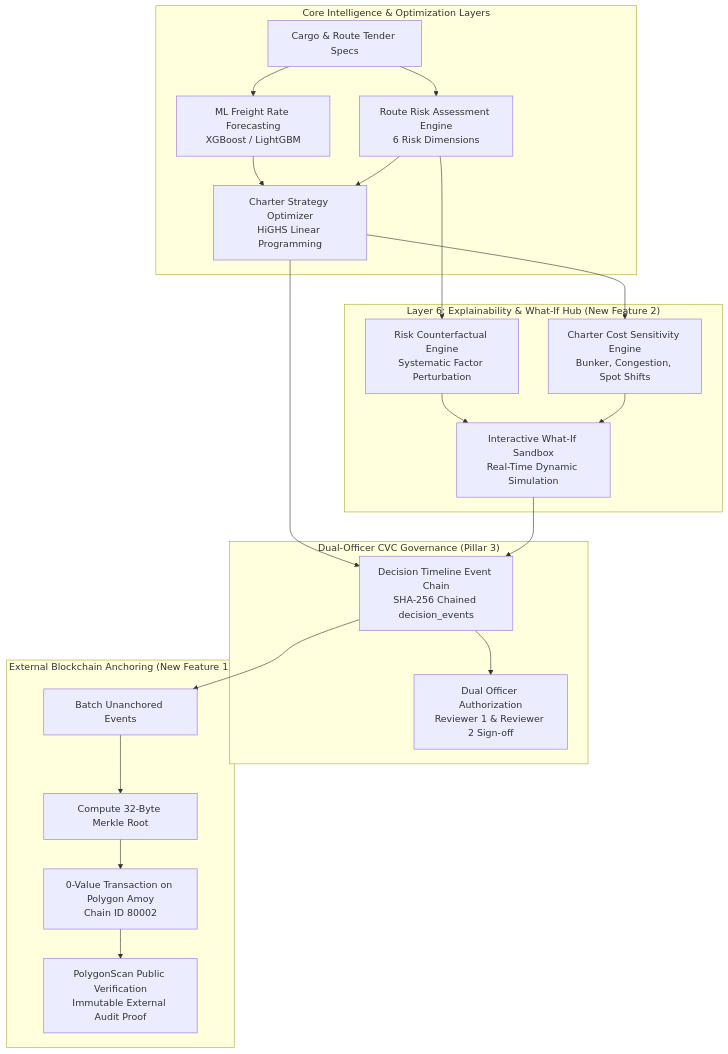
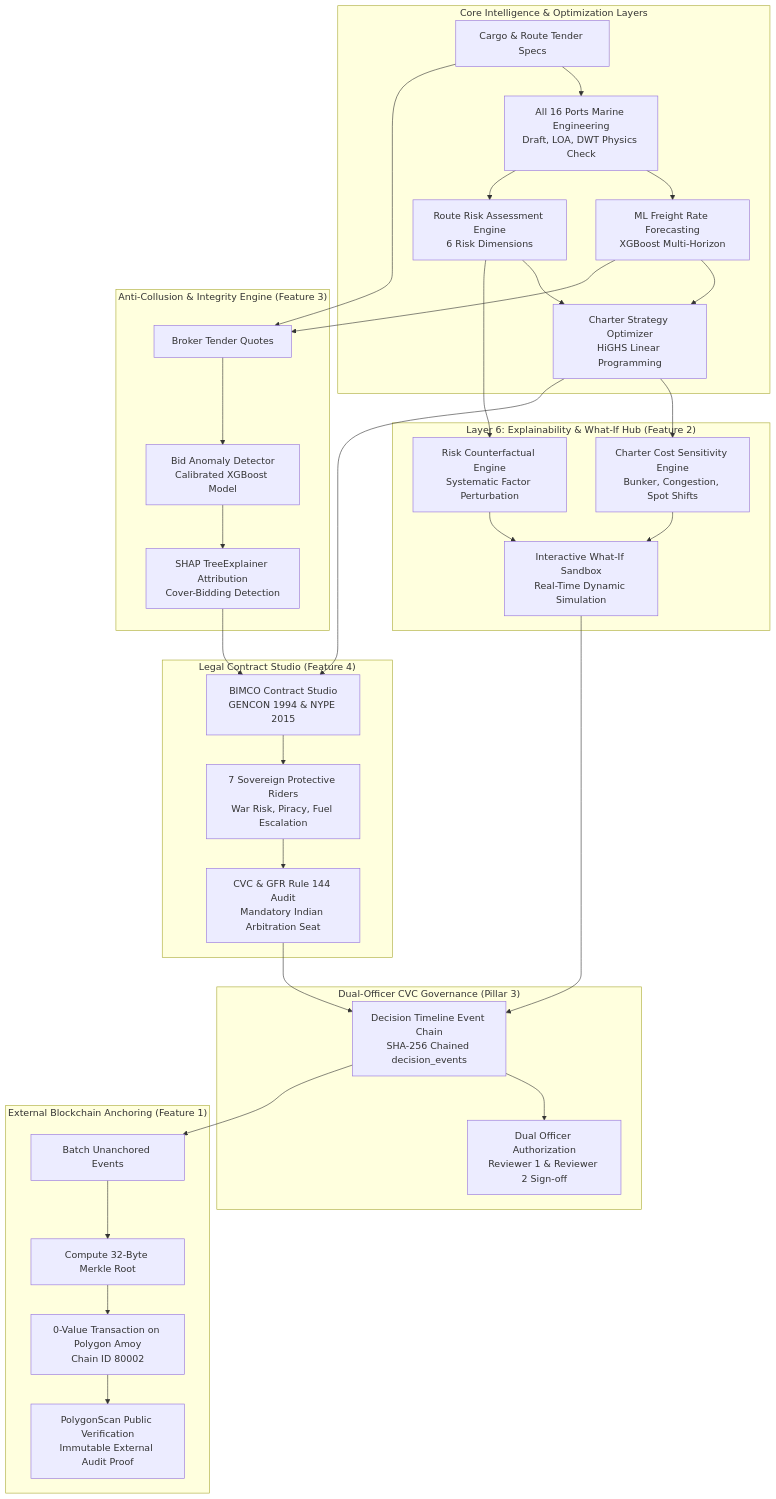
The first of 2 diagrams in NEW_FEATURES_README.md (Raghav-305/Freight-sih), drawn with Mermaid before and after one commit. The commit also changed other lines of this file and 1 other file, not shown here.

Commit message:
docs: add charterparty legal studio specification and video documentation

````diff
--- a/NEW_FEATURES_README.md
+++ b/NEW_FEATURES_README.md
@@ -14,26 +15,40 @@
 ```mermaid
 flowchart TD
     subgraph Layer1to5["Core Intelligence & Optimization Layers"]
-        A[Cargo & Route Tender Specs] --> B[ML Freight Rate Forecasting\nXGBoost / LightGBM]
-        A --> C[Route Risk Assessment Engine\n6 Risk Dimensions]
+        A[Cargo & Route Tender Specs] --> P[All 16 Ports Marine Engineering\nDraft, LOA, DWT Physics Check]
+        P --> B[ML Freight Rate Forecasting\nXGBoost Multi-Horizon]
+        P --> C[Route Risk Assessment Engine\n6 Risk Dimensions]
         B & C --> D[Charter Strategy Optimizer\nHiGHS Linear Programming]
     end
 
-    subgraph Layer6["Layer 6: Explainability & What-If Hub (New Feature 2)"]
+    subgraph AntiRigging["Anti-Collusion & Integrity Engine (Feature 3)"]
+        A --> T[Broker Tender Quotes]
+        B --> T
+        T --> U[Bid Anomaly Detector\nCalibrated XGBoost Model]
+        U --> V[SHAP TreeExplainer Attribution\nCover-Bidding Detection]
+    end
+
+    subgraph Layer6["Layer 6: Explainability & What-If Hub (Feature 2)"]
         C --> E[Risk Counterfactual Engine\nSystematic Factor Perturbation]
         D --> F[Charter Cost Sensitivity Engine\nBunker, Congestion, Spot Shifts]
         E & F --> G[Interactive What-If Sandbox\nReal-Time Dynamic Simulation]
     end
 
+    subgraph Contracts["Legal Contract Studio (Feature 4)"]
+        D & V --> CS[BIMCO Contract Studio\nGENCON 1994 & NYPE 2015]
+        CS --> CR[7 Sovereign Protective Riders\nWar Risk, Piracy, Fuel Escalation]
+        CR --> CV[CVC & GFR Rule 144 Audit\nMandatory Indian Arbitration Seat]
+    end
+
     subgraph Governance["Dual-Officer CVC Governance (Pillar 3)"]
-        D & G --> H[Decision Timeline Event Chain\nSHA-256 Chained decision_events]
+        CV & G --> H[Decision Timeline Event Chain\nSHA-256 Chained decision_events]
         H --> I[Dual Officer Authorization\nReviewer 1 & Reviewer 2 Sign-off]
     end
 
-    subgraph Blockchain["External Blockchain Anchoring (New Feature 1)"]
+    subgraph Blockchain["External Blockchain Anchoring (Feature 1)"]
         H --> J[Batch Unanchored Events]
         J --> K[Compute 32-Byte Merkle Root]
         K --> L[0-Value Transaction on Polygon Amoy\nChain ID 80002]
         L --> M[PolygonScan Public Verification\nImmutable External Audit Proof]
     end
 ```
````
